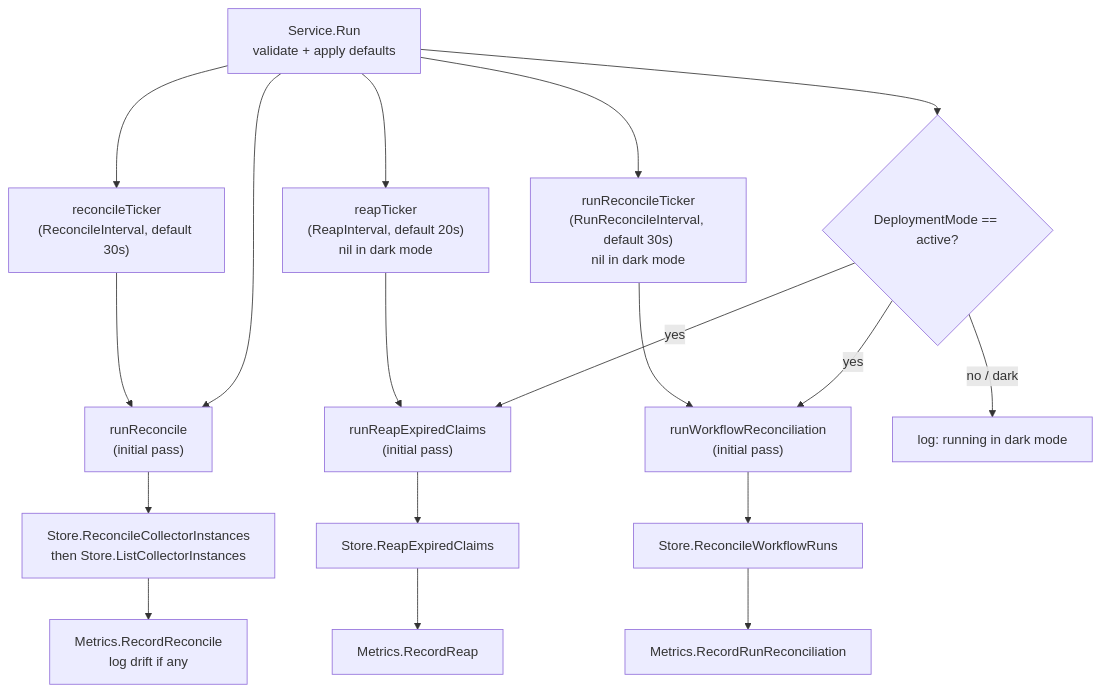
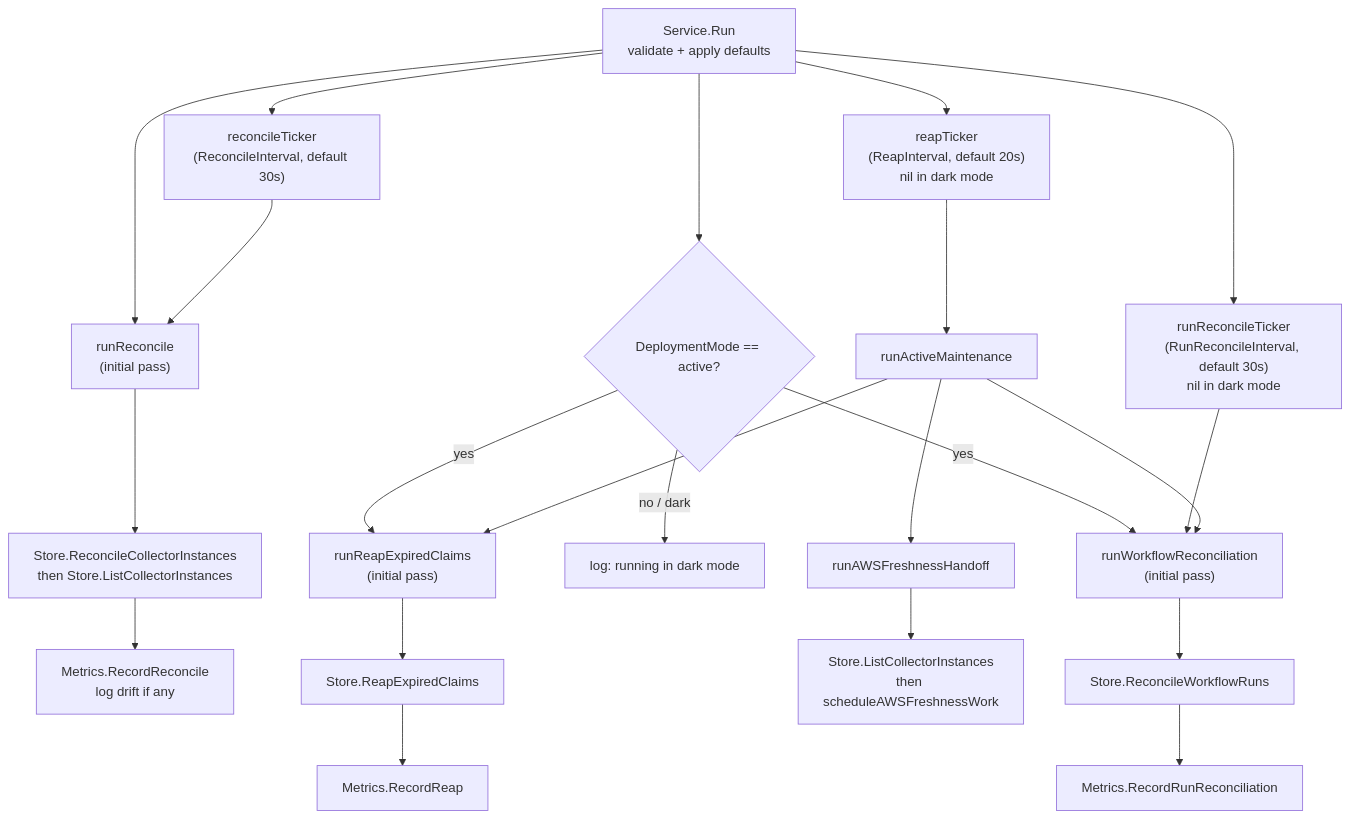
The second of 2 diagrams in go/internal/coordinator/README.md (eshu-hq/eshu), drawn with Mermaid before and after one commit. The commit also changed other lines of this file and 34 other files, not shown here.

````diff
--- a/go/internal/coordinator/README.md
+++ b/go/internal/coordinator/README.md
@@ -27,20 +28,24 @@
 ```mermaid
 flowchart TB
   A["Service.Run\nvalidate + apply defaults"] --> B["runReconcile\n(initial pass)"]
   A --> C{"DeploymentMode == active?"}
   C -- yes --> D["runReapExpiredClaims\n(initial pass)"]
   C -- yes --> E["runWorkflowReconciliation\n(initial pass)"]
   C -- no / dark --> F["log: running in dark mode"]
   A --> G["reconcileTicker\n(ReconcileInterval, default 30s)"]
   G --> B
   A --> H["runReconcileTicker\n(RunReconcileInterval, default 30s)\nnil in dark mode"]
   H --> E
   A --> I["reapTicker\n(ReapInterval, default 20s)\nnil in dark mode"]
-  I --> D
+  I --> P["runActiveMaintenance"]
+  P --> D
+  P --> Q["runAWSFreshnessHandoff"]
+  P --> E
   B --> J["Store.ReconcileCollectorInstances\nthen Store.ListCollectorInstances"]
   J --> K["Metrics.RecordReconcile\nlog drift if any"]
   D --> L["Store.ReapExpiredClaims"]
   L --> M["Metrics.RecordReap"]
+  Q --> R["Store.ListCollectorInstances\nthen scheduleAWSFreshnessWork"]
   E --> N["Store.ReconcileWorkflowRuns"]
   N --> O["Metrics.RecordRunReconciliation"]
 ```
````
